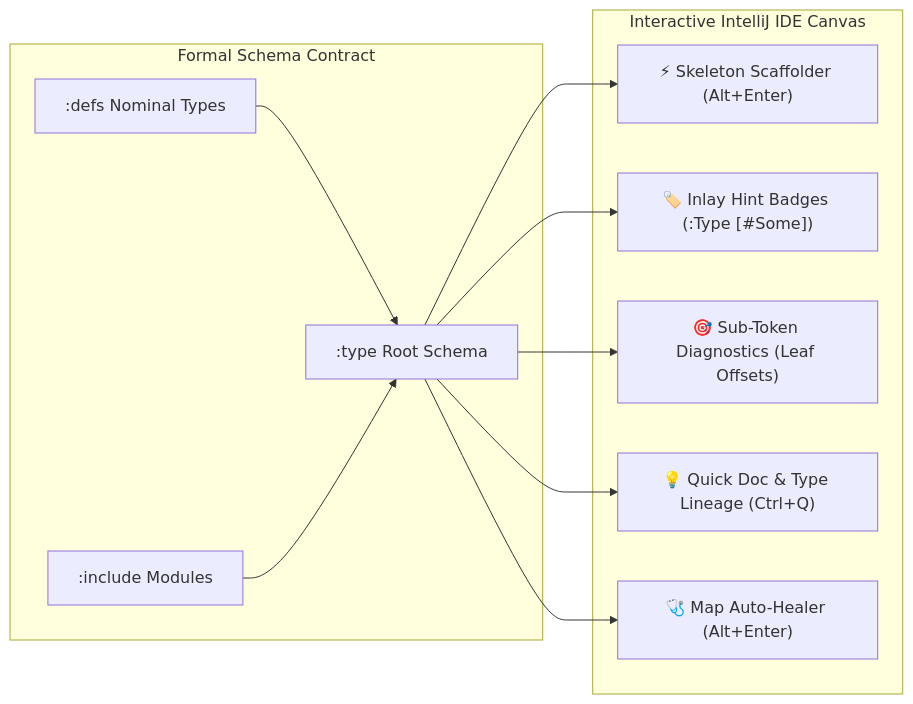
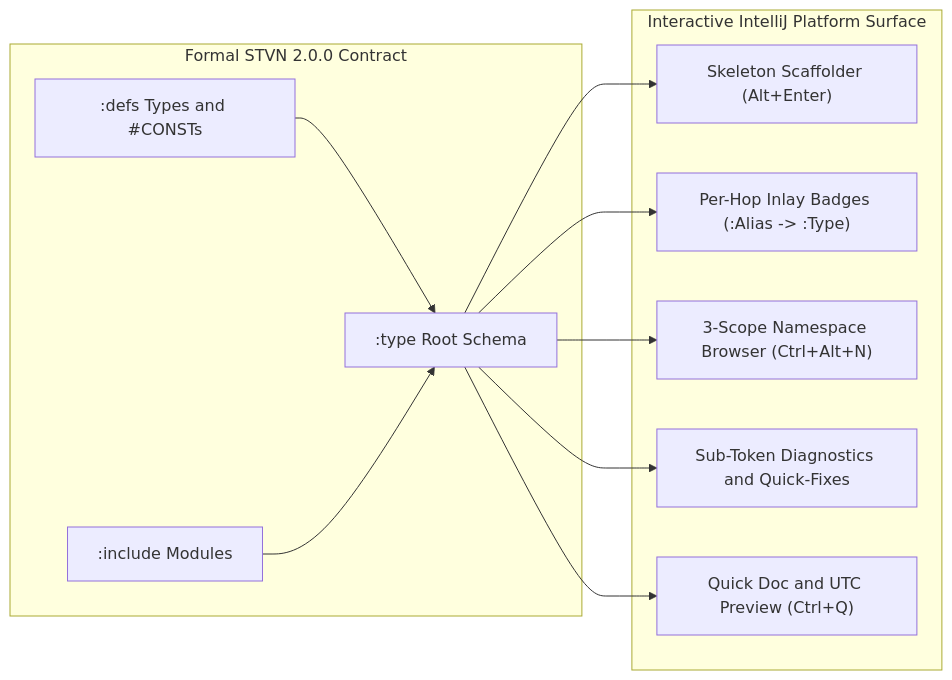
Before and after one commit to chaotic3quilibrium/stvnadore-plugin: the first of 2 diagrams in docs/STVN_IDE_AUTHORING_GUIDE.md, drawn with Mermaid. The commit also changed other lines of this file and 53 other files, not shown here.

Commit message:
Refactor to remediate :use renaming issue, unified :use alias inlays, 3-scope namespace browser, and full STVN 2.0.0 spec audit against the Settings and internal documentation

````diff
--- a/docs/STVN_IDE_AUTHORING_GUIDE.md
+++ b/docs/STVN_IDE_AUTHORING_GUIDE.md
@@ -114,15 +65,15 @@
 ```mermaid
-graph LR
-    subgraph "Formal Schema Contract"
-        DEF[":defs Nominal Types"] --> TYP[":type Root Schema"]
+flowchart LR
+    subgraph SchemaContract ["Formal STVN 2.0.0 Contract"]
+        DEF[":defs Types and #CONSTs"] --> TYP[":type Root Schema"]
         INC[":include Modules"] --> TYP
     end
 
-    subgraph "Interactive IntelliJ IDE Canvas"
-        TYP --> SCAFF["⚡ Skeleton Scaffolder (Alt+Enter)"]
-        TYP --> INLAY["🏷️ Inlay Hint Badges (:Type [#Some])"]
-        TYP --> DIAG["🎯 Sub-Token Diagnostics (Leaf Offsets)"]
-        TYP --> DOC["💡 Quick Doc & Type Lineage (Ctrl+Q)"]
-        TYP --> HEAL["🩺 Map Auto-Healer (Alt+Enter)"]
+    subgraph IdeCanvas ["Interactive IntelliJ Platform Surface"]
+        TYP --> SCAFF["Skeleton Scaffolder (Alt+Enter)"]
+        TYP --> INLAY["Per-Hop Inlay Badges (:Alias -> :Type)"]
+        TYP --> BROWSE["3-Scope Namespace Browser (Ctrl+Alt+N)"]
+        TYP --> DIAG["Sub-Token Diagnostics and Quick-Fixes"]
+        TYP --> DOC["Quick Doc and UTC Preview (Ctrl+Q)"]
     end
 ```
````
